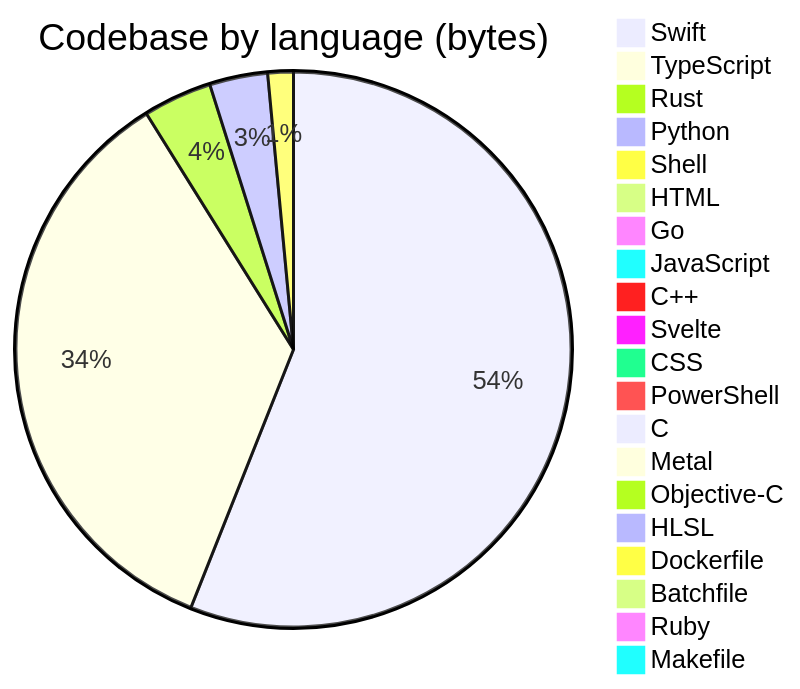
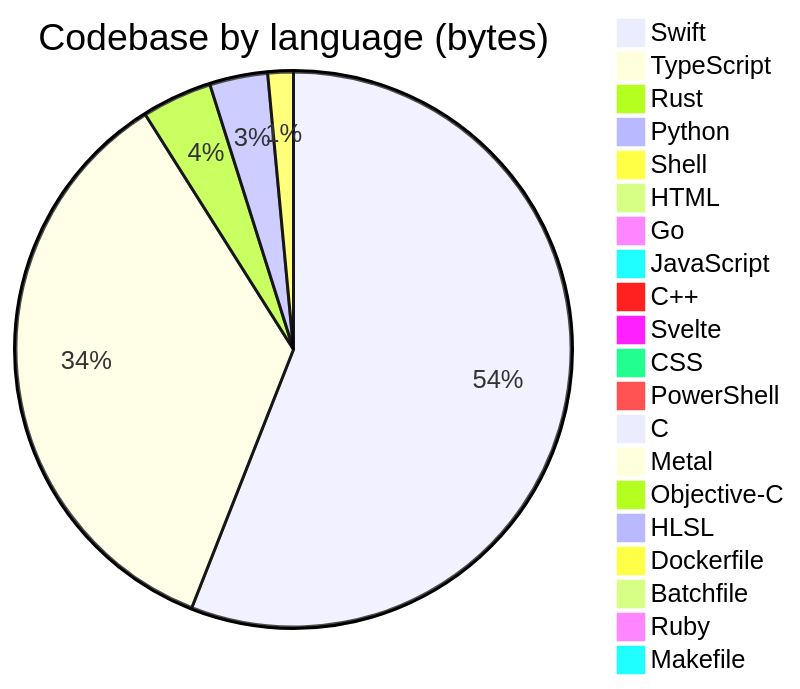
The diagram in profile/README.md (Open330/.github), drawn with Mermaid before and after one commit. The commit also changed other lines of this file, not shown here.

````diff
--- a/profile/README.md
+++ b/profile/README.md
@@ -137,23 +137,23 @@
 ```mermaid
 pie title Codebase by language (bytes)
-    "Swift" : 59659050
+    "Swift" : 59664735
     "TypeScript" : 37382156
-    "Rust" : 4266218
+    "Rust" : 4364215
     "Python" : 3599928
     "Shell" : 1584149
     "HTML" : 883205
     "Go" : 572897
-    "JavaScript" : 544176
+    "JavaScript" : 557055
     "C++" : 388775
     "Svelte" : 275766
-    "CSS" : 248760
+    "CSS" : 250625
     "PowerShell" : 131318
     "C" : 125678
     "Metal" : 33033
     "Objective-C" : 11658
     "HLSL" : 7527
     "Dockerfile" : 6524
     "Batchfile" : 5870
     "Ruby" : 4289
     "Makefile" : 1150
 ```
````
